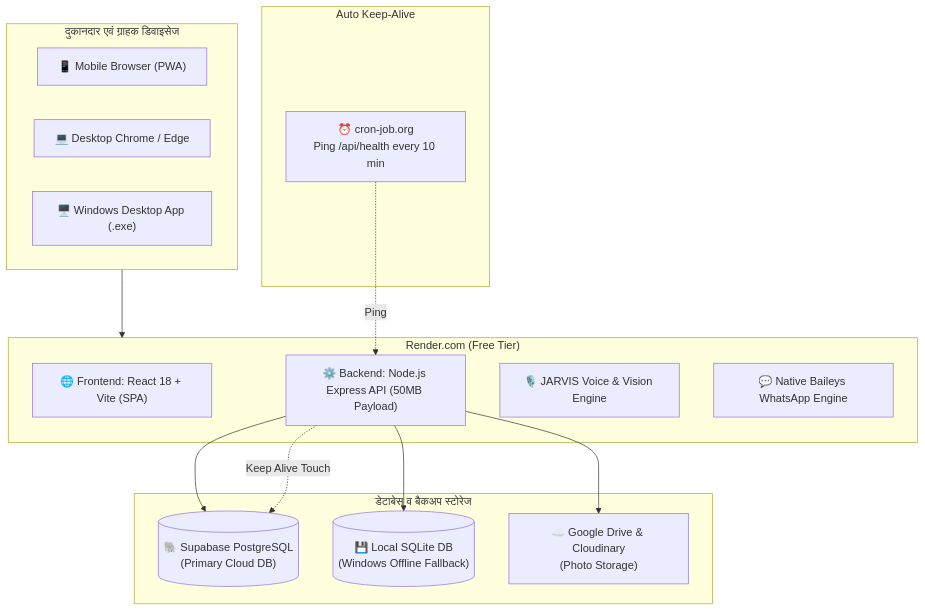
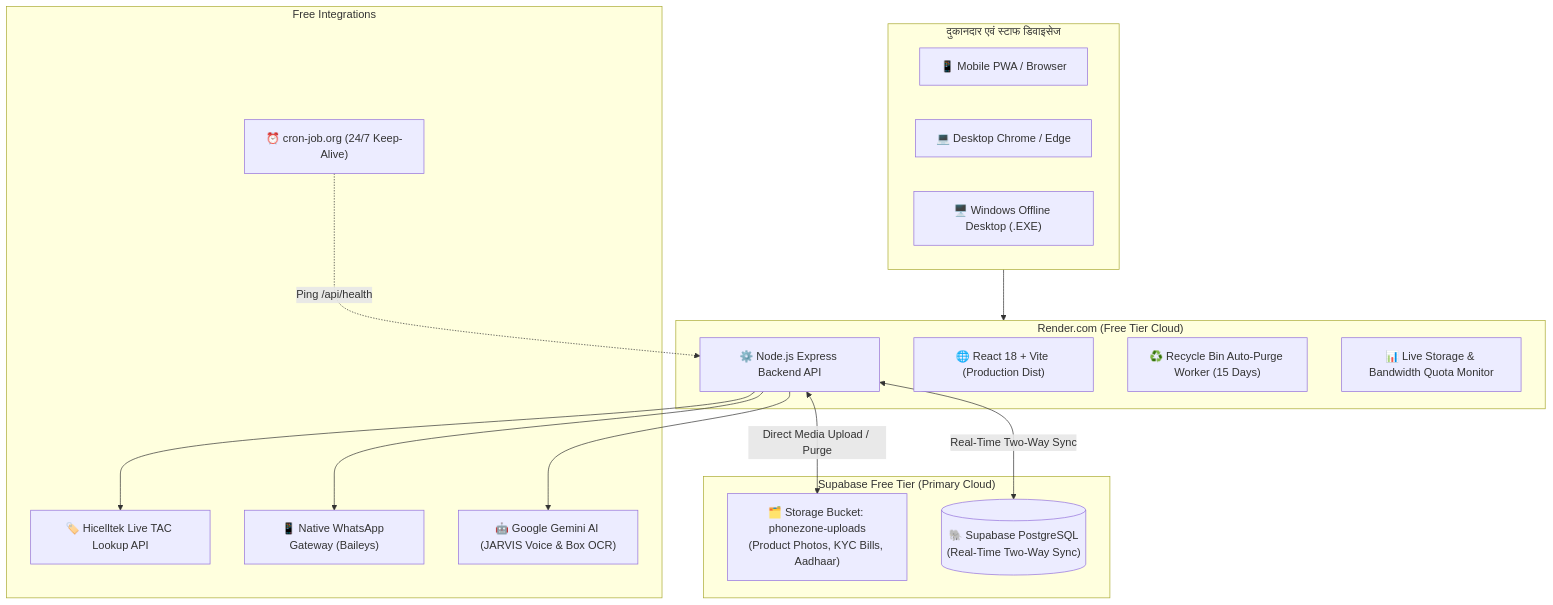
The first of 2 diagrams in RENDER_SETUP_GUIDE.md (mailtempry9211-byte/phone-zone-), drawn with Mermaid before and after one commit. The commit also changed other lines of this file and 7 other files, not shown here.

Commit message:
feat: recycle bin with 15-day render / 30-day desktop auto-purge, delete linked media toggle, and updated zero-error master deployment guide

````diff
--- a/RENDER_SETUP_GUIDE.md
+++ b/RENDER_SETUP_GUIDE.md
@@ -24,32 +23,35 @@
 ```mermaid
 flowchart TD
-    subgraph Client ["दुकानदार एवं ग्राहक डिवाइसेज"]
-        A["📱 Mobile Browser (PWA)"]
+    subgraph Client ["दुकानदार एवं स्टाफ डिवाइसेज"]
+        A["📱 Mobile PWA / Browser"]
         B["💻 Desktop Chrome / Edge"]
-        C["🖥️ Windows Desktop App (.exe)"]
+        C["🖥️ Windows Offline Desktop (.EXE)"]
     end
 
-    subgraph CloudHosting ["Render.com (Free Tier)"]
-        D["🌐 Frontend: React 18 + Vite (SPA)"]
-        E["⚙️ Backend: Node.js Express API (50MB Payload)"]
-        F["🎙️ JARVIS Voice & Vision Engine"]
-        G["💬 Native Baileys WhatsApp Engine"]
+    subgraph RenderHosting ["Render.com (Free Tier Cloud)"]
+        D["🌐 React 18 + Vite (Production Dist)"]
+        E["⚙️ Node.js Express Backend API"]
+        F["♻️ Recycle Bin Auto-Purge Worker (15 Days)"]
+        G["📊 Live Storage & Bandwidth Quota Monitor"]
     end
 
-    subgraph DataLayer ["डेटाबेस व बैकअप स्टोरेज"]
-        H[("🐘 Supabase PostgreSQL\n(Primary Cloud DB)")]
-        I[("💾 Local SQLite DB\n(Windows Offline Fallback)")]
-        J["☁️ Google Drive & Cloudinary\n(Photo Storage)"]
+    subgraph DataCloud ["Supabase Free Tier (Primary Cloud)"]
+        H[("🐘 Supabase PostgreSQL\n(Real-Time Two-Way Sync)")]
+        I["🗂️ Storage Bucket: phonezone-uploads\n(Product Photos, KYC Bills, Aadhaar)"]
     end
 
-    subgraph Automation ["Auto Keep-Alive"]
-        K["⏰ cron-job.org\nPing /api/health every 10 min"]
+    subgraph ExternalServices ["Free Integrations"]
+        J["🤖 Google Gemini AI (JARVIS Voice & Box OCR)"]
+        K["📱 Native WhatsApp Gateway (Baileys)"]
+        L["🏷️ Hicelltek Live TAC Lookup API"]
+        M["⏰ cron-job.org (24/7 Keep-Alive)"]
     end
 
-    Client --> CloudHosting
-    E --> H
-    E --> I
+    Client --> RenderHosting
+    E <-->|Real-Time Two-Way Sync| H
+    E <-->|Direct Media Upload / Purge| I
     E --> J
-    K -.->|Ping| E
-    E -.->|Keep Alive Touch| H
+    E --> K
+    E --> L
+    M -.->|Ping /api/health| E
 ```
````
